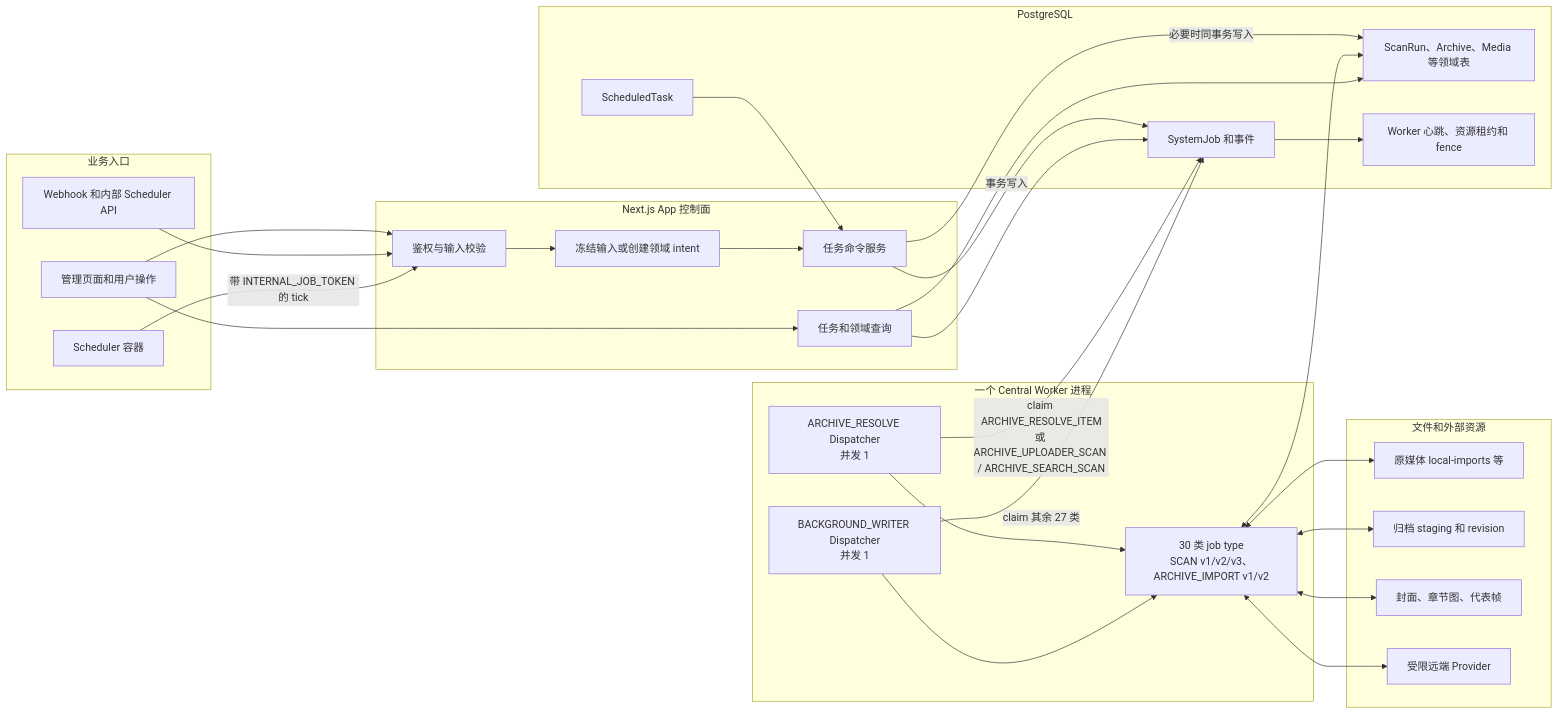
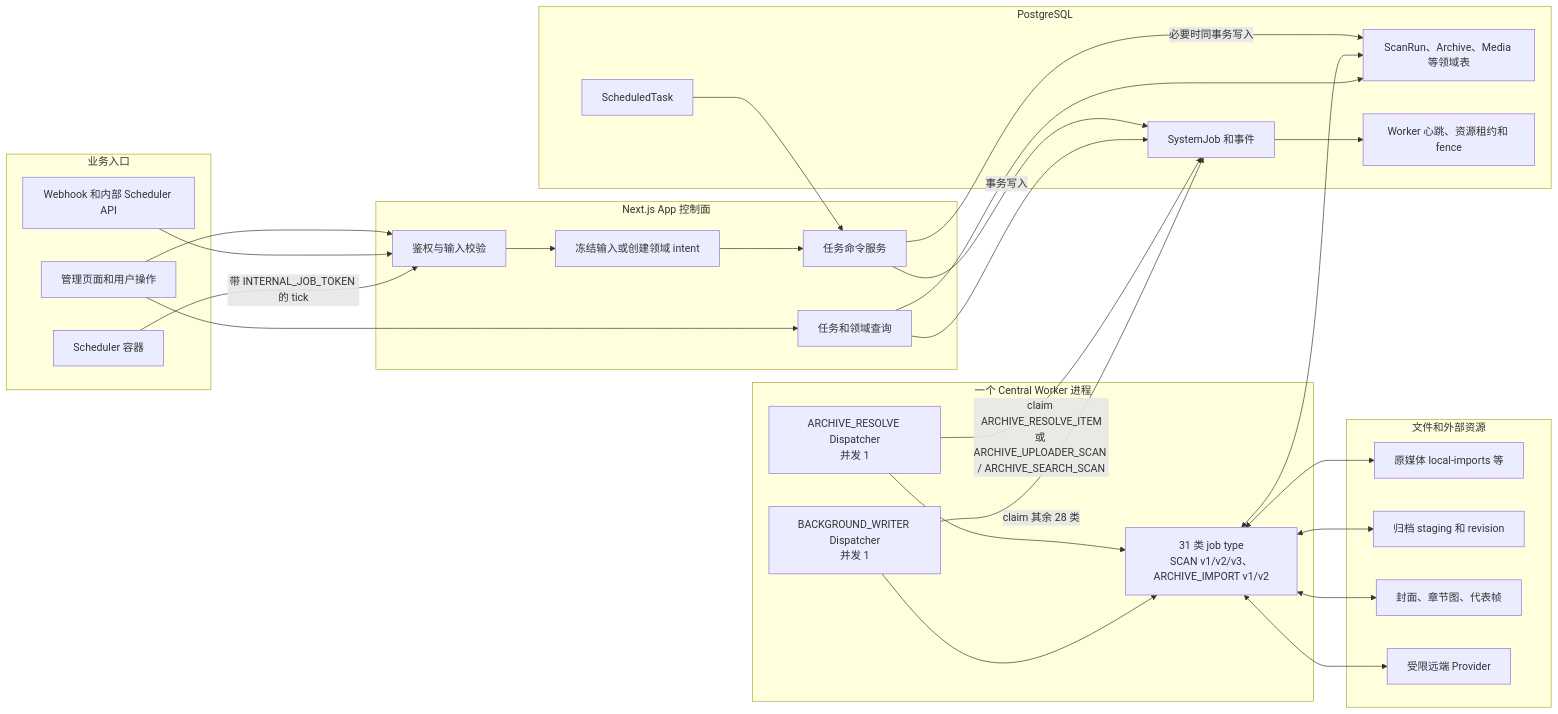
The first of 12 diagrams in docs/architecture/background-job-business-flows.md (namehu/PixiShelf), drawn with Mermaid before and after one commit. The commit also changed other lines of this file and 40 other files, not shown here.

````diff
--- a/docs/architecture/background-job-business-flows.md
+++ b/docs/architecture/background-job-business-flows.md
@@ -50,56 +50,56 @@
 ```mermaid
 flowchart LR
   subgraph Entry[业务入口]
     UI[管理页面和用户操作]
     API[Webhook 和内部 Scheduler API]
     SCH[Scheduler 容器]
   end
 
   subgraph App[Next.js App 控制面]
     AUTH[鉴权与输入校验]
     SNAP[冻结输入或创建领域 intent]
     CMD[任务命令服务]
     READ[任务和领域查询]
   end
 
   subgraph DB[PostgreSQL]
     TASK[ScheduledTask]
     JOB[SystemJob 和事件]
     DOMAIN[ScanRun、Archive、Media 等领域表]
     LEASE[Worker 心跳、资源租约和 fence]
   end
 
   subgraph Worker[一个 Central Worker 进程]
     RESOLVE[ARCHIVE_RESOLVE Dispatcher\n并发 1]
     WRITER[BACKGROUND_WRITER Dispatcher\n并发 1]
-    EXEC[30 类 job type\nSCAN v1/v2/v3、ARCHIVE_IMPORT v1/v2]
+    EXEC[31 类 job type\nSCAN v1/v2/v3、ARCHIVE_IMPORT v1/v2]
   end
 
   subgraph Storage[文件和外部资源]
     SOURCE[原媒体 local-imports 等]
     ARCHIVE[归档 staging 和 revision]
     DERIVED[封面、章节图、代表帧]
     REMOTE[受限远端 Provider]
   end
 
   UI --> AUTH
   API --> AUTH
   SCH -->|带 INTERNAL_JOB_TOKEN 的 tick| AUTH
   AUTH --> SNAP --> CMD
   TASK --> CMD
   CMD -->|事务写入| JOB
   CMD -->|必要时同事务写入| DOMAIN
   RESOLVE -->|claim ARCHIVE_RESOLVE_ITEM\n或 ARCHIVE_UPLOADER_SCAN / ARCHIVE_SEARCH_SCAN| JOB
-  WRITER -->|claim 其余 27 类| JOB
+  WRITER -->|claim 其余 28 类| JOB
   JOB --> LEASE
   RESOLVE --> EXEC
   WRITER --> EXEC
   EXEC <--> DOMAIN
   EXEC <--> SOURCE
   EXEC <--> ARCHIVE
   EXEC <--> DERIVED
   EXEC <--> REMOTE
   READ --> JOB
   READ --> DOMAIN
   UI --> READ
 ```
````
